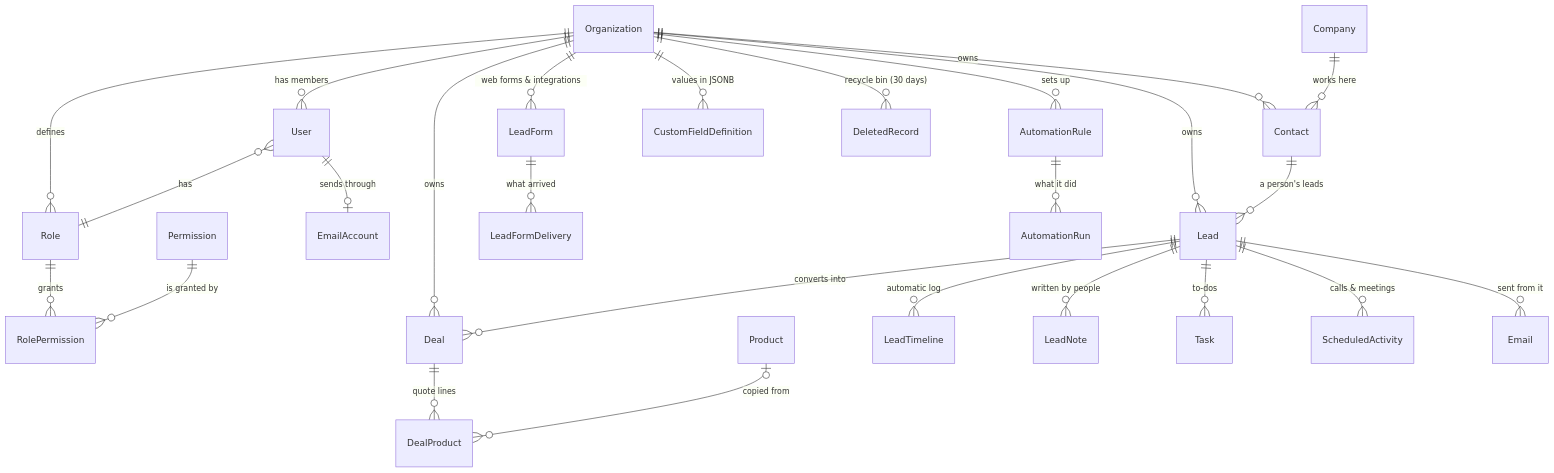
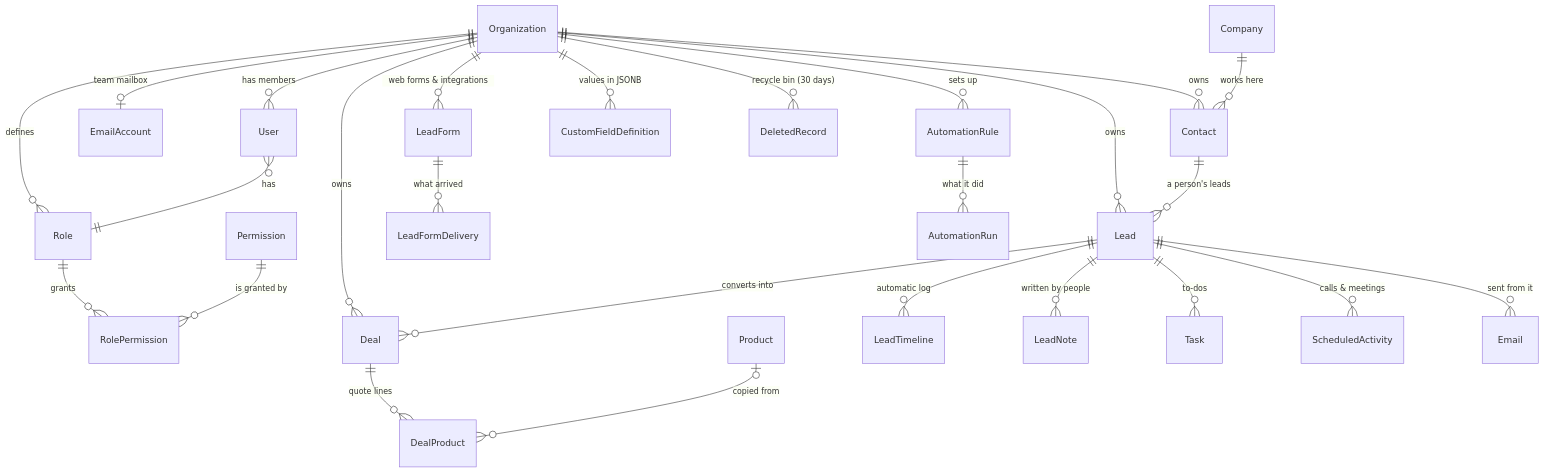
Before and after one commit to kavya-thakur/crm: the seventh of 7 diagrams in README.md, drawn with Mermaid. The commit also changed other lines of this file and 59 other files, not shown here.

````diff
--- a/README.md
+++ b/README.md
@@ -505,30 +525,30 @@
 ```mermaid
 erDiagram
     Organization ||--o{ User : "has members"
     Organization ||--o{ Role : defines
     Role ||--o{ RolePermission : grants
     Permission ||--o{ RolePermission : "is granted by"
     User }o--|| Role : has
-    User ||--o| EmailAccount : "sends through"
+    Organization ||--o| EmailAccount : "team mailbox"
 
     Organization ||--o{ Lead : owns
     Organization ||--o{ Contact : owns
     Organization ||--o{ Deal : owns
     Contact ||--o{ Lead : "a person's leads"
     Company ||--o{ Contact : "works here"
     Lead ||--o{ Deal : "converts into"
     Deal ||--o{ DealProduct : "quote lines"
     Product |o--o{ DealProduct : "copied from"
     Lead ||--o{ LeadTimeline : "automatic log"
     Lead ||--o{ LeadNote : "written by people"
     Lead ||--o{ Task : "to-dos"
     Lead ||--o{ ScheduledActivity : "calls & meetings"
     Lead ||--o{ Email : "sent from it"
 
     Organization ||--o{ LeadForm : "web forms & integrations"
     LeadForm ||--o{ LeadFormDelivery : "what arrived"
     Organization ||--o{ AutomationRule : "sets up"
     AutomationRule ||--o{ AutomationRun : "what it did"
     Organization ||--o{ CustomFieldDefinition : "values in JSONB"
     Organization ||--o{ DeletedRecord : "recycle bin (30 days)"
 ```
````
